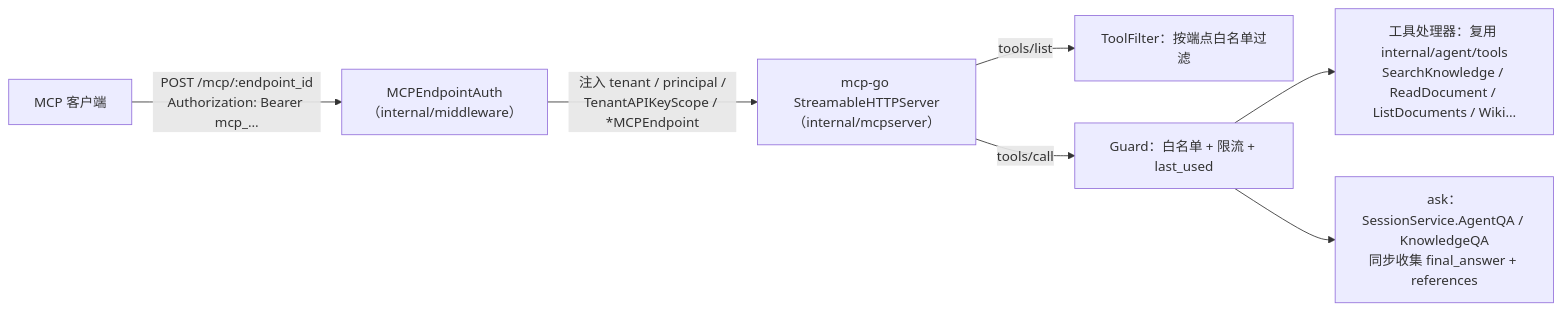
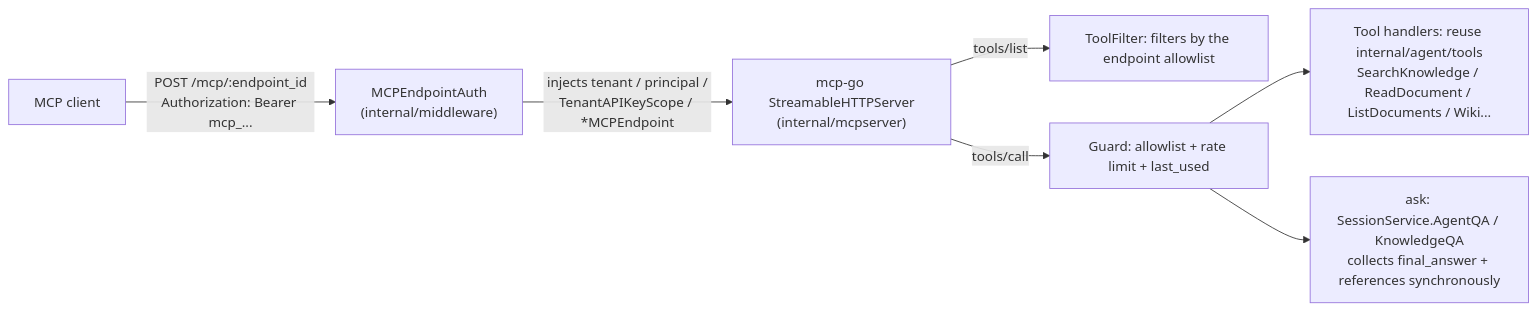
Before and after one commit to jrmatherly/ai-kb: the fourth of 4 diagrams in website-docs/03-features/08-mcp.md, drawn with Mermaid. The commit also changed other lines of this file and 11 other files, not shown here.

First line of the commit message:
docs(features): translate batch 1 (agent, models, MCP, document parsing, knowledge base)

````diff
--- a/website-docs/03-features/08-mcp.md
+++ b/website-docs/03-features/08-mcp.md
@@ -433,9 +446,9 @@
 ```mermaid
 flowchart LR
-    C["MCP 客户端"] -->|"POST /mcp/:endpoint_id<br/>Authorization: Bearer mcp_…"| A["MCPEndpointAuth<br/>（internal/middleware）"]
-    A -->|"注入 tenant / principal /<br/>TenantAPIKeyScope / *MCPEndpoint"| S["mcp-go StreamableHTTPServer<br/>（internal/mcpserver）"]
-    S -->|"tools/list"| F["ToolFilter：按端点白名单过滤"]
-    S -->|"tools/call"| G["Guard：白名单 + 限流 + last_used"]
-    G --> T["工具处理器：复用 internal/agent/tools<br/>SearchKnowledge / ReadDocument / ListDocuments / Wiki…"]
-    G --> Q["ask：SessionService.AgentQA / KnowledgeQA<br/>同步收集 final_answer + references"]
+    C["MCP client"] -->|"POST /mcp/:endpoint_id<br/>Authorization: Bearer mcp_..."| A["MCPEndpointAuth<br/>(internal/middleware)"]
+    A -->|"injects tenant / principal /<br/>TenantAPIKeyScope / *MCPEndpoint"| S["mcp-go StreamableHTTPServer<br/>(internal/mcpserver)"]
+    S -->|"tools/list"| F["ToolFilter: filters by the endpoint allowlist"]
+    S -->|"tools/call"| G["Guard: allowlist + rate limit + last_used"]
+    G --> T["Tool handlers: reuse internal/agent/tools<br/>SearchKnowledge / ReadDocument / ListDocuments / Wiki..."]
+    G --> Q["ask: SessionService.AgentQA / KnowledgeQA<br/>collects final_answer + references synchronously"]
 ```
````
